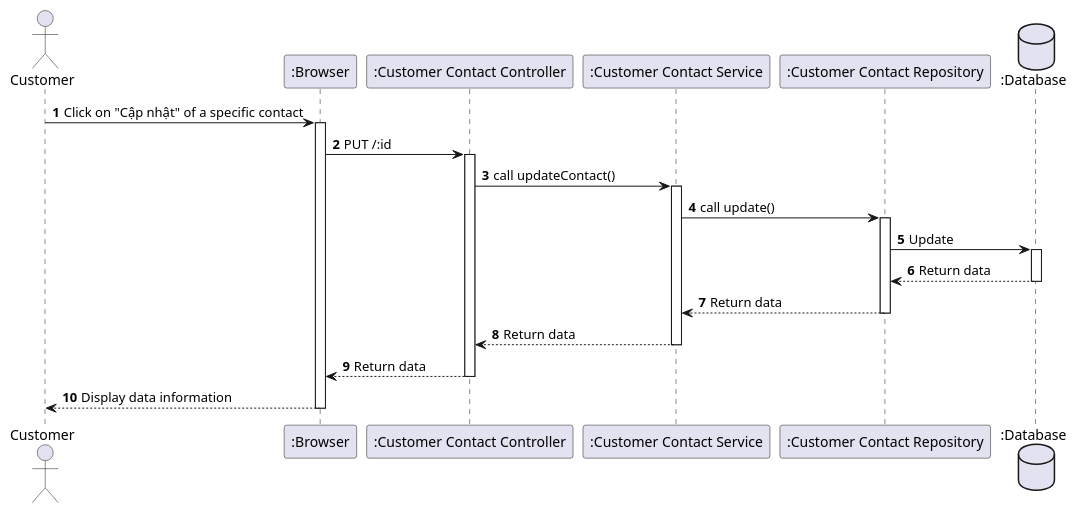
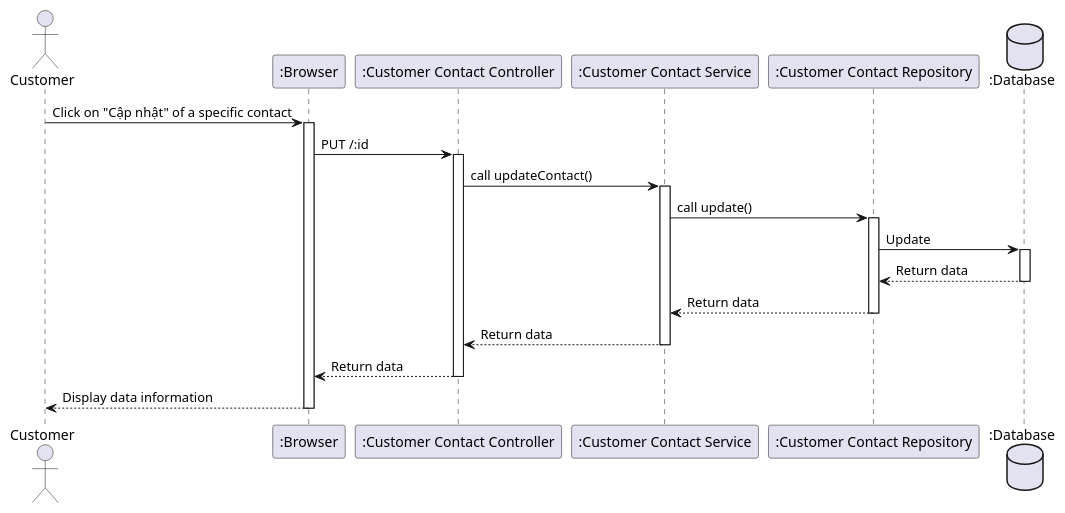
Before and after one commit to ngthanhtuung/ema-server: the diagram in docs/customer/sequence/getAllContact.plantuml, drawn with PlantUML. The commit also changed 11 other files, not shown here.

```diff
--- a/docs/customer/sequence/getAllContact.plantuml
+++ b/docs/customer/sequence/getAllContact.plantuml
@@ -1,32 +1,31 @@
 @startuml
 
 actor Customer as A
 participant ":Browser" as B
 participant ":Customer Contact Controller" as C
 participant ":Customer Contact Service" as D
 participant ":Customer Contact Repository" as E
 database ":Database" as F
 
-autonumber 1
 A -> B: Click on "Cập nhật" of a specific contact
 activate B
 B -> C: PUT /:id
 activate C
 C -> D: call updateContact()
 activate D
 D -> E: call update()
 activate E
 E -> F: Update
 activate F
     F --> E: Return data
 deactivate F
     E --> D: Return data
 deactivate E
     D --> C: Return data
 deactivate D
     C --> B: Return data
 deactivate C
     B --> A: Display data information
 deactivate B
 
 @enduml
```
